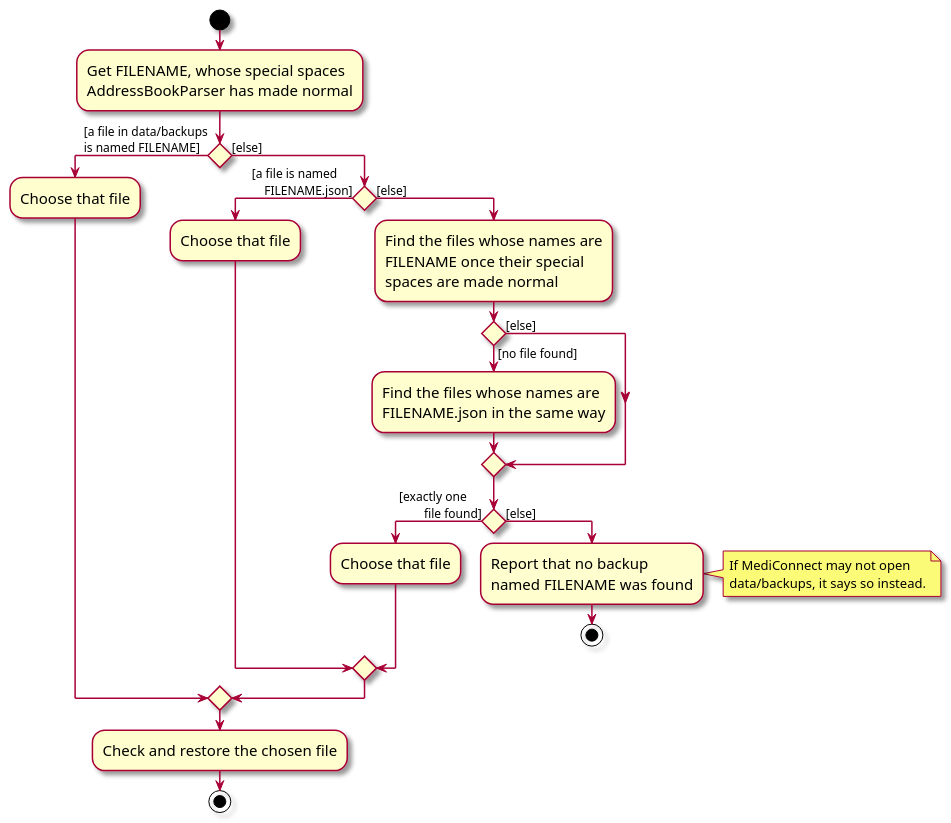
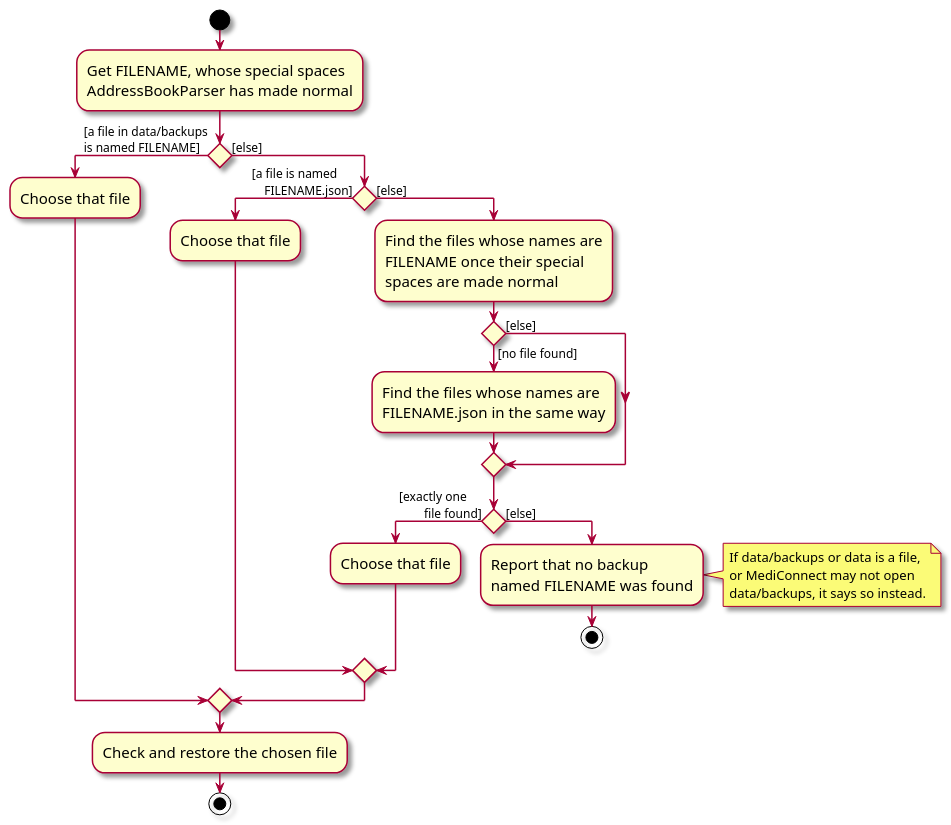
One commit to AY2627S1-CS2103T-W08-1/tp changed the diagram in diagrams/RestoreLookupActivityDiagram.puml. Above: the diagram before and after it, drawn with PlantUML. The commit also changed 21 other files, not shown here.

```diff
--- a/diagrams/RestoreLookupActivityDiagram.puml
+++ b/diagrams/RestoreLookupActivityDiagram.puml
@@ -1,44 +1,45 @@
 @startuml
 skin rose
 skinparam ActivityFontSize 15
 skinparam ArrowFontSize 12
 start
 :Get FILENAME, whose special spaces
 AddressBookParser has made normal;
 
 'Since the beta syntax does not support placing the condition outside the
 'diamond we place it as the true branch instead.
 
 if () then ([a file in data/backups
 is named FILENAME])
     :Choose that file;
 else ([else])
     if () then ([a file is named
     FILENAME.json])
         :Choose that file;
     else ([else])
         :Find the files whose names are
         FILENAME once their special
         spaces are made normal;
         if () then ([no file found])
             :Find the files whose names are
             FILENAME.json in the same way;
         else ([else])
         endif
         if () then ([exactly one
         file found])
             :Choose that file;
         else ([else])
             :Report that no backup
             named FILENAME was found;
             note right
-                If MediConnect may not open
+                If data/backups or data is a file,
+                or MediConnect may not open
                 data/backups, it says so instead.
             end note
             stop
         endif
     endif
 endif
 :Check and restore the chosen file;
 stop
 @enduml
```
